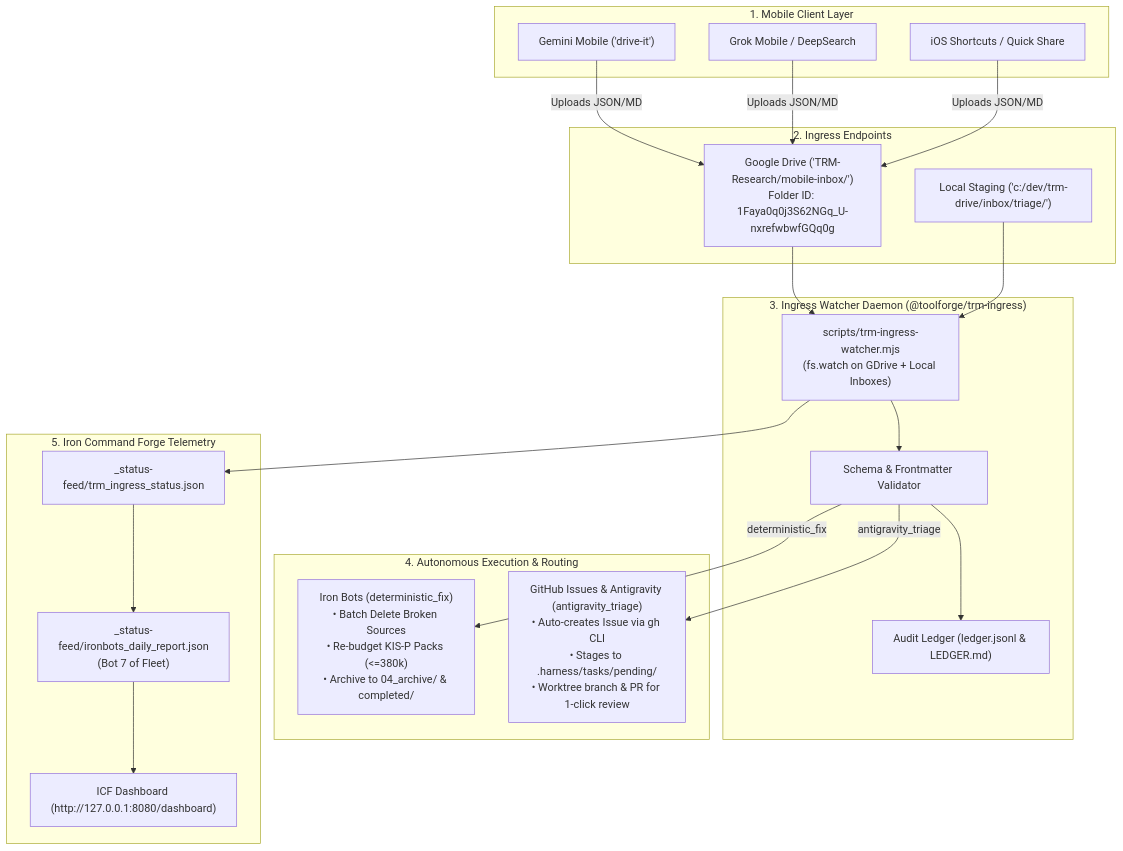
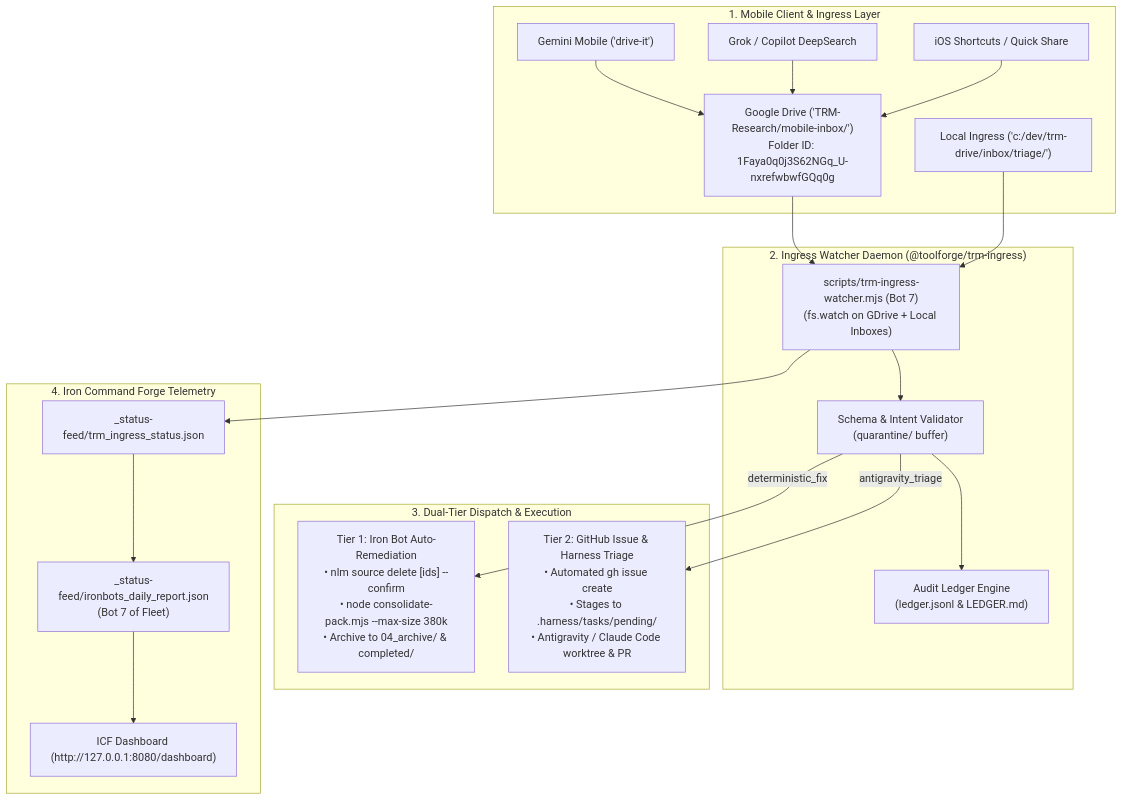
The diagram in wiki/research/trm-mobile-ingress-pipeline.md (sorensencc-dotcom/toolforge), drawn with Mermaid before and after one commit. The commit also changed other lines of this file and 2 other files, not shown here.

Commit message:
docs(trm): update TRM mobile ingress architecture diagram to Forge design system standards

````diff
--- a/wiki/research/trm-mobile-ingress-pipeline.md
+++ b/wiki/research/trm-mobile-ingress-pipeline.md
@@ -22,43 +33,40 @@
 ```mermaid
 flowchart TD
-    subgraph Mobile["1. Mobile Client Layer"]
-        M1["Gemini Mobile ('drive-it')"]
-        M2["Grok Mobile / DeepSearch"]
-        M3["iOS Shortcuts / Quick Share"]
+    subgraph Ingress["1. Mobile Client & Ingress Layer"]
+        A["Gemini Mobile ('drive-it')"]
+        B["Grok / Copilot DeepSearch"]
+        C["iOS Shortcuts / Quick Share"]
+        D["Google Drive ('TRM-Research/mobile-inbox/')\nFolder ID: 1Faya0q0j3S62NGq_U-nxrefwbwfGQq0g"]
+        E["Local Ingress ('c:/dev/trm-drive/inbox/triage/')"]
     end
 
-    subgraph Ingress["2. Ingress Endpoints"]
-        GD["Google Drive ('TRM-Research/mobile-inbox/')\nFolder ID: 1Faya0q0j3S62NGq_U-nxrefwbwfGQq0g"]
-        LD["Local Staging ('c:/dev/trm-drive/inbox/triage/')"]
+    subgraph Core["2. Ingress Watcher Daemon (@toolforge/trm-ingress)"]
+        W["scripts/trm-ingress-watcher.mjs (Bot 7)\n(fs.watch on GDrive + Local Inboxes)"]
+        VAL["Schema & Intent Validator\n(quarantine/ buffer)"]
+        LED["Audit Ledger Engine\n(ledger.jsonl & LEDGER.md)"]
     end
 
-    subgraph Watcher["3. Ingress Watcher Daemon (@toolforge/trm-ingress)"]
-        W["scripts/trm-ingress-watcher.mjs\n(fs.watch on GDrive + Local Inboxes)"]
-        VAL["Schema & Frontmatter Validator"]
-        LED["Audit Ledger (ledger.jsonl & LEDGER.md)"]
+    subgraph Dispatch["3. Dual-Tier Dispatch & Execution"]
+        IB["Tier 1: Iron Bot Auto-Remediation\n• nlm source delete [ids] --confirm\n• node consolidate-pack.mjs --max-size 380k\n• Archive to 04_archive/ & completed/"]
+        GH["Tier 2: GitHub Issue & Harness Triage\n• Automated gh issue create\n• Stages to .harness/tasks/pending/\n• Antigravity / Claude Code worktree & PR"]
     end
 
-    subgraph Dispatch["4. Autonomous Execution & Routing"]
-        IB["Iron Bots (deterministic_fix)\n• Batch Delete Broken Sources\n• Re-budget KIS-P Packs (<=380k)\n• Archive to 04_archive/ & completed/"]
-        GH["GitHub Issues & Antigravity (antigravity_triage)\n• Auto-creates Issue via gh CLI\n• Stages to .harness/tasks/pending/\n• Worktree branch & PR for 1-click review"]
-    end
-
-    subgraph ICF["5. Iron Command Forge Telemetry"]
+    subgraph ICF["4. Iron Command Forge Telemetry"]
         FEED["_status-feed/trm_ingress_status.json"]
         REP["_status-feed/ironbots_daily_report.json\n(Bot 7 of Fleet)"]
         DASH["ICF Dashboard (http://127.0.0.1:8080/dashboard)"]
     end
 
-    M1 -->|Uploads JSON/MD| GD
-    M2 -->|Uploads JSON/MD| GD
-    M3 -->|Uploads JSON/MD| GD
-    GD --> W
-    LD --> W
+    A --> D
+    B --> D
+    C --> D
+    D --> W
+    E --> W
     W --> VAL
     VAL --> LED
     VAL -->|deterministic_fix| IB
     VAL -->|antigravity_triage| GH
     W --> FEED
     FEED --> REP
     REP --> DASH
 ```
````
